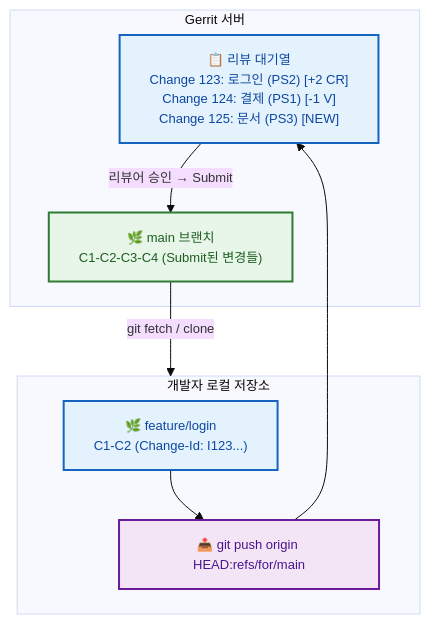
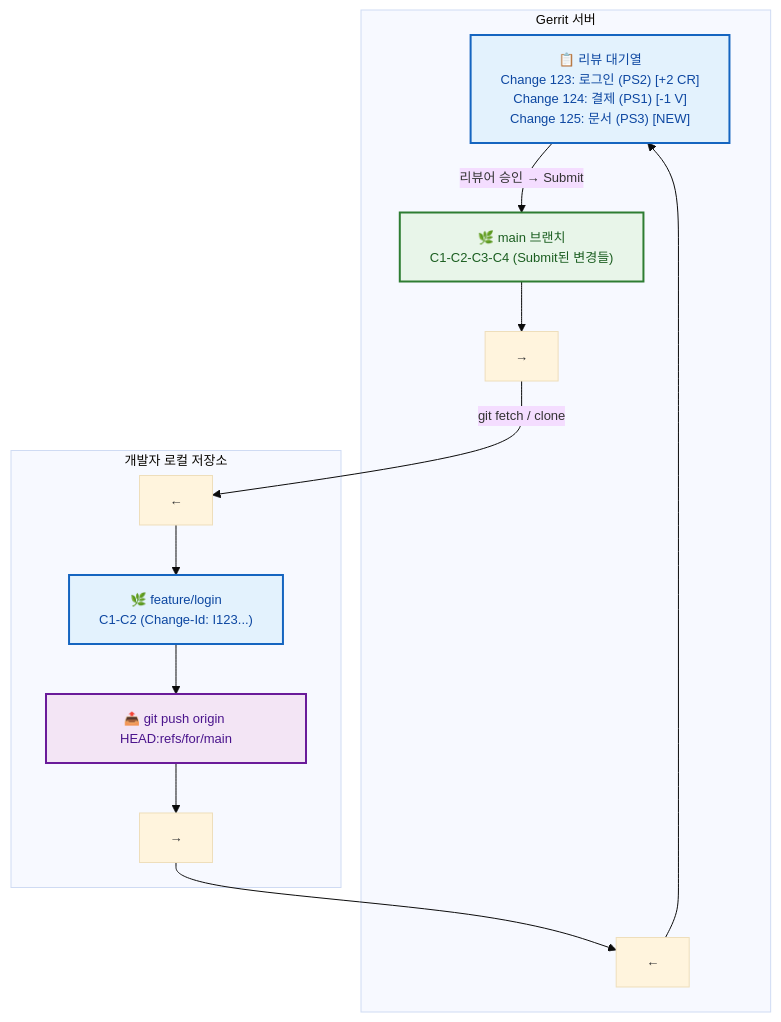
Before and after one commit to jingu279/Document: the second of 4 diagrams in git/07_Gerrit/01_Gerrit_소개.md, drawn with Mermaid. The commit also changed 2 other files, not shown here.

Commit message:
Fix Git book cross-subgraph Mermaid connections
3 files, 7 cross-subgraph connections fixed:
- 추가와_커밋: WD→SA→RE bridge nodes
- Fork와_기여: Upstream→Origin→Local bridge nodes
- Gerrit_소개: Developer→GerritServer bridge nodes

````diff
--- a/git/07_Gerrit/01_Gerrit_소개.md
+++ b/git/07_Gerrit/01_Gerrit_소개.md
@@ -82,24 +82,33 @@
 ```mermaid
 %%{init: {'theme': 'base', 'themeVariables': {'fontSize': '13px'}}}%%
 flowchart TB
   subgraph GerritServer[Gerrit 서버]
     Pending["📋 리뷰 대기열<br/>Change 123: 로그인 (PS2) [+2 CR]<br/>Change 124: 결제 (PS1) [-1 V]<br/>Change 125: 문서 (PS3) [NEW]"]:::proc
     MainBranch["🌿 main 브랜치<br/>C1-C2-C3-C4 (Submit된 변경들)"]:::sub
     Pending -->|"리뷰어 승인 → Submit"| MainBranch
+    MainBranch --> GS_Out
+    Dev_In["←"] --> Pending
   end
 
   subgraph Developer[개발자 로컬 저장소]
     DevBranch["🌿 feature/login<br/>C1-C2 (Change-Id: I123...)"]:::proc
     Push["📤 git push origin HEAD:refs/for/main"]:::highlight
     DevBranch --> Push
+    Push --> Dev_Out
+    GS_In["←"] --> DevBranch
   end
 
-  Push --> Pending
-  MainBranch -->|"git fetch / clone"| Developer
+  Dev_Out["→"]
+  GS_Out["→"]
+  Dev_In["←"]
+  GS_In["←"]
+
+  Dev_Out --> Dev_In
+  GS_Out -->|"git fetch / clone"| GS_In
 
 classDef main fill:#fff3e0,stroke:#e65100,stroke-width:2px,color:#bf360c
 classDef sub fill:#e8f5e9,stroke:#2e7d32,stroke-width:2px,color:#1b5e20
 classDef proc fill:#e3f2fd,stroke:#1565c0,stroke-width:2px,color:#0d47a1
 classDef decision fill:#fff9c4,stroke:#f9a825,stroke-width:2px,color:#e65100
 classDef highlight fill:#f3e5f5,stroke:#6a1b9a,stroke-width:2px,color:#4a148c
 ```
````
